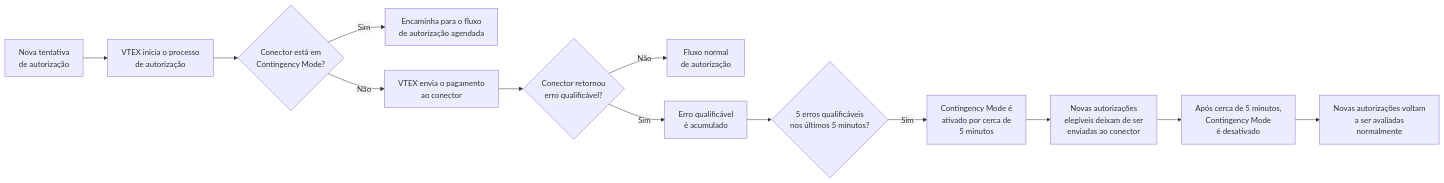
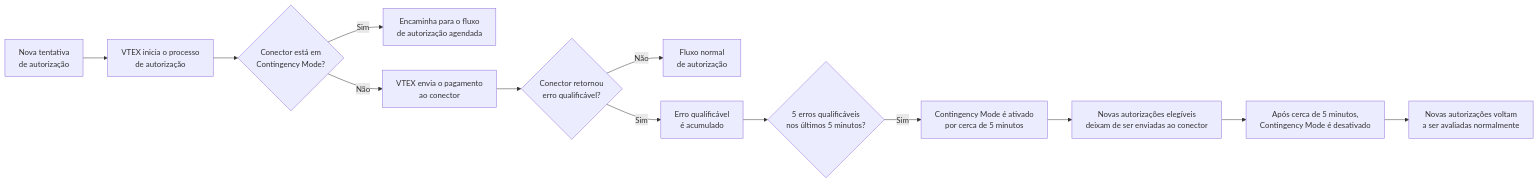
One commit to vtexdocs/help-center-content changed the first of 2 diagrams in docs/pt/tutorials/pagamentos/transações/mode-off-faq.md. Above: the diagram before and after it, drawn with Mermaid. The commit also changed other lines of this file and 2 other files, not shown here.

Commit message:
update: edu-18553 fix mermaid node text clipping in contingency mode faq
Cap every flowchart node at two lines and raise wrappingWidth so labels don't wrap into a third line, which the Help Center renderer clips at the bottom of the box.

````diff
--- a/docs/pt/tutorials/pagamentos/transações/mode-off-faq.md
+++ b/docs/pt/tutorials/pagamentos/transações/mode-off-faq.md
@@ -74,16 +74,16 @@
 ```mermaid
-%%{init: {'flowchart': {'htmlLabels': false, 'useMaxWidth': false, 'wrappingWidth': 220, 'padding': 14}}}%%
+%%{init: {'flowchart': {'htmlLabels': true, 'useMaxWidth': false, 'wrappingWidth': 500, 'padding': 14}}}%%
 flowchart LR
     A["Nova tentativa<br/>de autorização"] --> B["VTEX inicia o processo<br/>de autorização"]
     B --> C{"Conector está em<br/>Contingency Mode?"}
     C -- "Sim" --> D["Encaminha para o fluxo<br/>de autorização agendada"]
     C -- "Não" --> E["VTEX envia o pagamento<br/>ao conector"]
     E --> F{"Conector retornou<br/>erro qualificável?"}
     F -- "Não" --> G["Fluxo normal<br/>de autorização"]
     F -- "Sim" --> H["Erro qualificável<br/>é acumulado"]
     H --> I{"5 erros qualificáveis<br/>nos últimos 5 minutos?"}
-    I -- "Sim" --> J["Contingency Mode é<br/>ativado por cerca de<br/>5 minutos"]
-    J --> K["Novas autorizações<br/>elegíveis deixam de ser<br/>enviadas ao conector"]
-    K --> L["Após cerca de 5 minutos,<br/>Contingency Mode<br/>é desativado"]
-    L --> M["Novas autorizações voltam<br/>a ser avaliadas<br/>normalmente"]
+    I -- "Sim" --> J["Contingency Mode é ativado<br/>por cerca de 5 minutos"]
+    J --> K["Novas autorizações elegíveis<br/>deixam de ser enviadas ao conector"]
+    K --> L["Após cerca de 5 minutos,<br/>Contingency Mode é desativado"]
+    L --> M["Novas autorizações voltam<br/>a ser avaliadas normalmente"]
 ```
````
